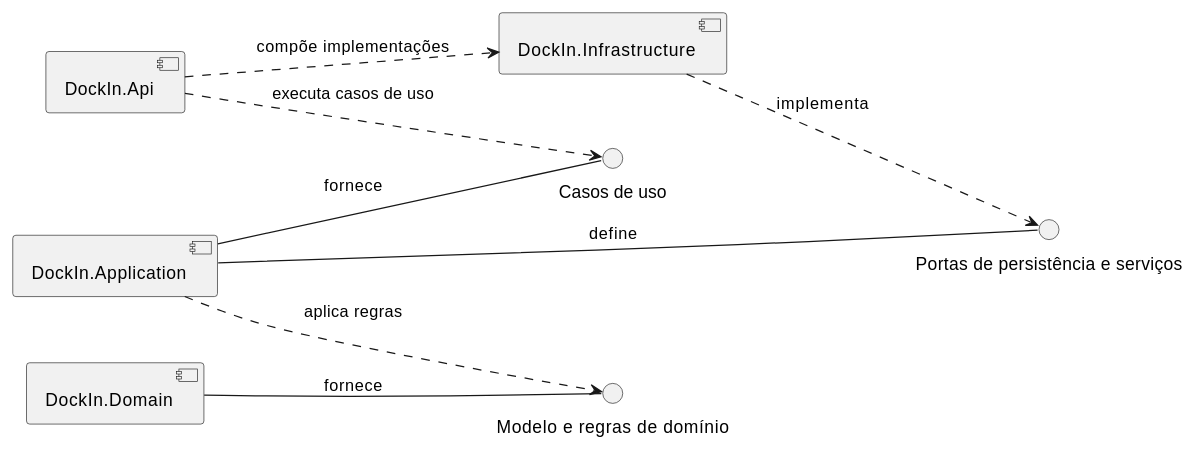
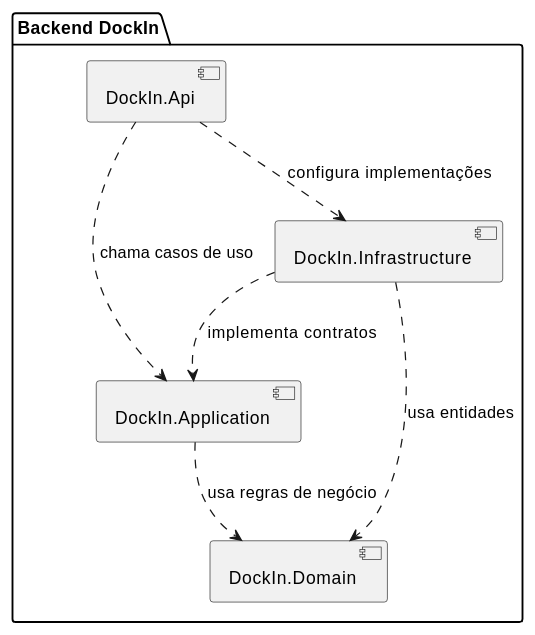
The second of 4 diagrams in DockIn.Backend/04-artefactos-tecnicos/04.05-arquitetura/m2-documentacao-arquitetura-v01.md (tiagop47/DockIn), drawn with PlantUML before and after one commit. The commit also changed other lines of this file and 63 other files, not shown here.

````diff
--- a/DockIn.Backend/04-artefactos-tecnicos/04.05-arquitetura/m2-documentacao-arquitetura-v01.md
+++ b/DockIn.Backend/04-artefactos-tecnicos/04.05-arquitetura/m2-documentacao-arquitetura-v01.md
@@ -13,24 +60,18 @@
 ```plantuml
 @startuml
 skinparam componentStyle uml2
-left to right direction
 
-component "DockIn.Api" as Api
-component "DockIn.Application" as App
-component "DockIn.Domain" as Domain
-component "DockIn.Infrastructure" as Infra
+package "Backend DockIn" {
+  component [DockIn.Api] as Api
+  component [DockIn.Application] as App
+  component [DockIn.Domain] as Domain
+  component [DockIn.Infrastructure] as Infra
+}
 
-interface "Casos de uso" as IUseCases
-interface "Modelo e regras de domínio" as IDomain
-interface "Portas de persistência e serviços" as IPorts
-
-App -- IUseCases : fornece
-Domain -- IDomain : fornece
-App -- IPorts : define
-
-Api ..> IUseCases : executa casos de uso
-App ..> IDomain : aplica regras
-Infra ..> IPorts : implementa
-Api ..> Infra : compõe implementações
+Api ..> App : chama casos de uso
+App ..> Domain : usa regras de negócio
+Infra ..> App : implementa contratos
+Infra ..> Domain : usa entidades
+Api ..> Infra : configura implementações
 @enduml
 ```
````
